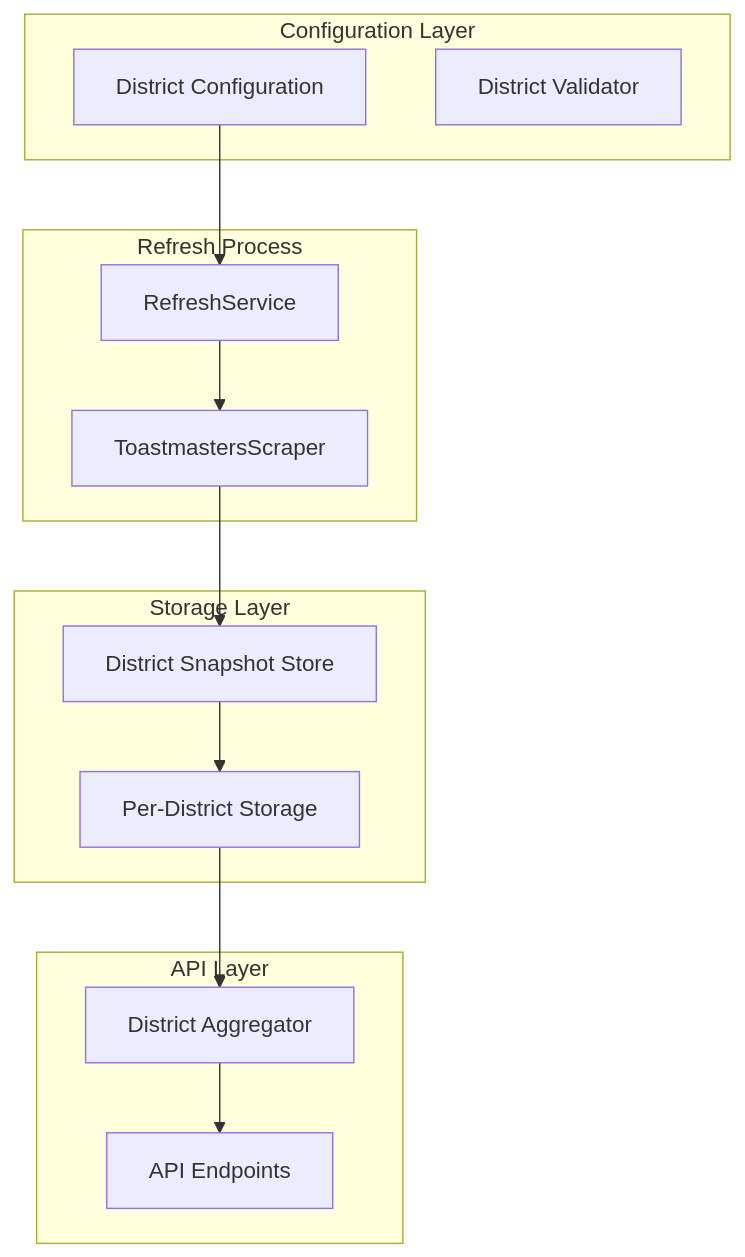
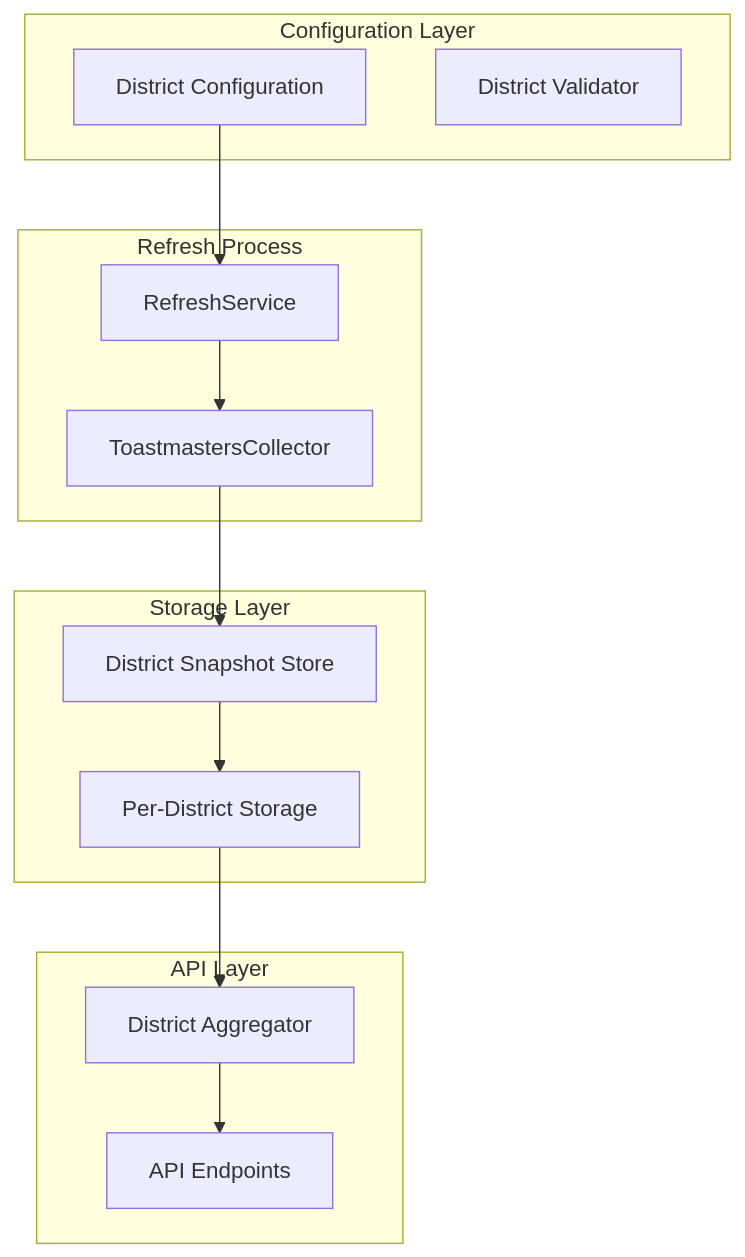
One commit to rservant/toast-stats changed the diagram in .kiro/specs-archive/district-scoped-data-collection/design.md. Above: the diagram before and after it, drawn with Mermaid. The commit also changed other lines of this file and 267 other files, not shown here.

First line of the commit message:
refactor: rename scraper-cli to collector-cli across the codebase (#99)

````diff
--- a/.kiro/specs-archive/district-scoped-data-collection/design.md
+++ b/.kiro/specs-archive/district-scoped-data-collection/design.md
@@ -25,29 +25,29 @@
 ```mermaid
 graph TB
     subgraph "Configuration Layer"
         DC[District Configuration]
         DV[District Validator]
     end
 
     subgraph "Refresh Process"
         RS[RefreshService]
-        TS[ToastmastersScraper]
+        TS[ToastmastersCollector]
     end
 
     subgraph "Storage Layer"
         DSS[District Snapshot Store]
         PDS[Per-District Storage]
     end
 
     subgraph "API Layer"
         DA[District Aggregator]
         API[API Endpoints]
     end
 
     DC --> RS
     RS --> TS
     TS --> DSS
     DSS --> PDS
     PDS --> DA
     DA --> API
 ```
````
